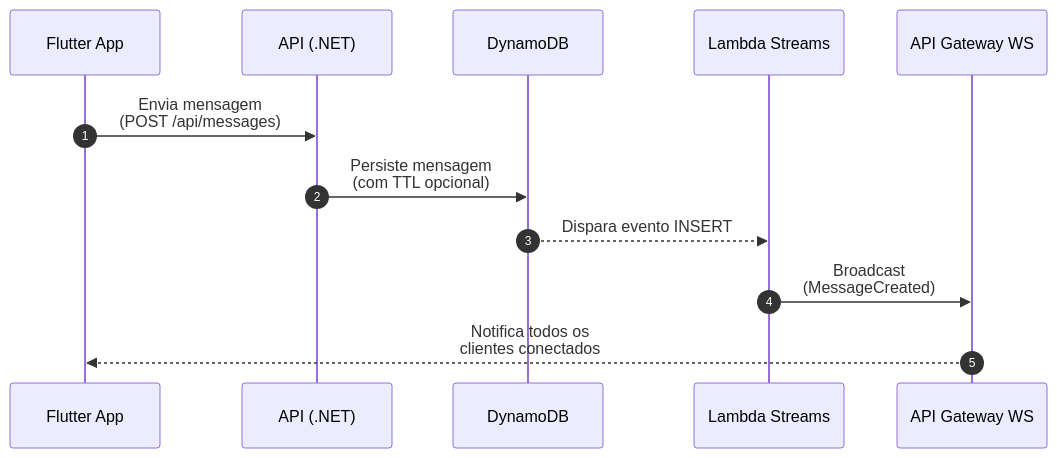
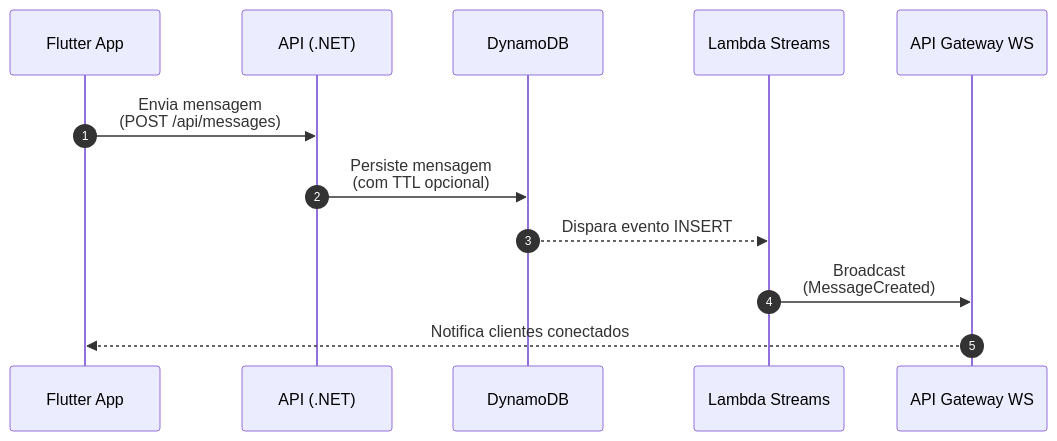
Before and after one commit to vitorang/CloudFlow: the first of 3 diagrams in README.md, drawn with Mermaid. The commit also changed other lines of this file, not shown here.

Commit message:
Melhoria de visualização de diagramas

````diff
--- a/README.md
+++ b/README.md
@@ -23,9 +23,9 @@
 ```mermaid
 sequenceDiagram
     autonumber
     Flutter App->>API (.NET): Envia mensagem<br/>(POST /api/messages)
     API (.NET)->>DynamoDB: Persiste mensagem<br/>(com TTL opcional)
     DynamoDB-->>Lambda Streams: Dispara evento INSERT
     Lambda Streams->>API Gateway WS: Broadcast<br/>(MessageCreated)
-    API Gateway WS-->>Flutter App: Notifica todos os<br/>clientes conectados
+    API Gateway WS-->>Flutter App: Notifica clientes conectados
 ```
````
